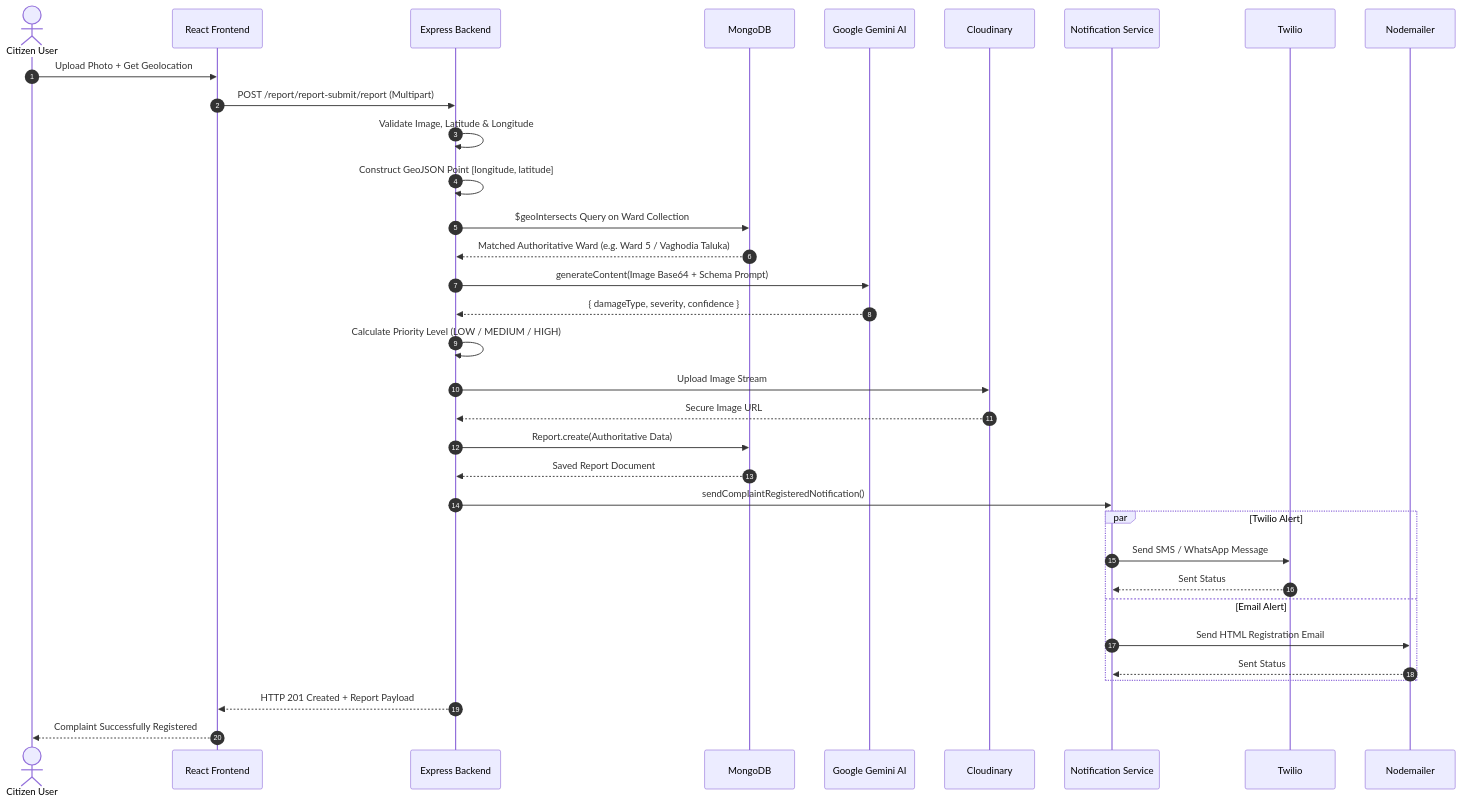
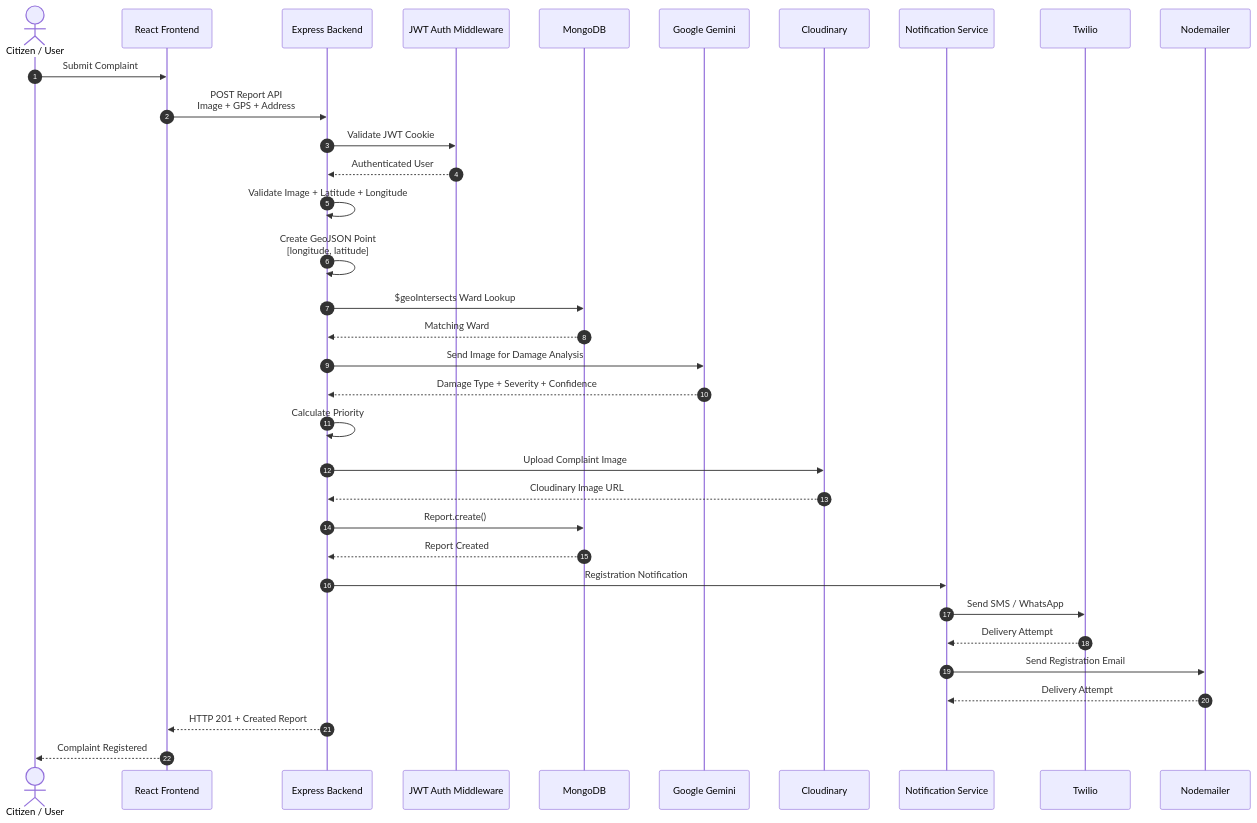
One commit to Ravindraprajapat/faultline-ai changed the fourth of 20 diagrams in README.md. Above: the diagram before and after it, drawn with Mermaid. The commit also changed other lines of this file, not shown here.

Commit message:
docs: add 20 comprehensive Mermaid flowcharts and sequence diagrams to README.md

````diff
--- a/README.md
+++ b/README.md
@@ -200,42 +292,50 @@
 ```mermaid
 sequenceDiagram
     autonumber
-    actor Citizen as Citizen User
+
+    actor Citizen as Citizen / User
     participant FE as React Frontend
     participant BE as Express Backend
+    participant AUTH as JWT Auth Middleware
     participant DB as MongoDB
-    participant AI as Google Gemini AI
+    participant AI as Google Gemini
     participant CDN as Cloudinary
     participant NS as Notification Service
     participant TW as Twilio
     participant MAIL as Nodemailer
 
-    Citizen->>FE: Upload Photo + Get Geolocation
-    FE->>BE: POST /report/report-submit/report (Multipart)
-    BE->>BE: Validate Image, Latitude & Longitude
-    BE->>BE: Construct GeoJSON Point [longitude, latitude]
-    BE->>DB: $geoIntersects Query on Ward Collection
-    DB-->>BE: Matched Authoritative Ward (e.g. Ward 5 / Vaghodia Taluka)
-    
-    BE->>AI: generateContent(Image Base64 + Schema Prompt)
-    AI-->>BE: { damageType, severity, confidence }
-    BE->>BE: Calculate Priority Level (LOW / MEDIUM / HIGH)
-    
-    BE->>CDN: Upload Image Stream
-    CDN-->>BE: Secure Image URL
-    
-    BE->>DB: Report.create(Authoritative Data)
-    DB-->>BE: Saved Report Document
-    
-    BE->>NS: sendComplaintRegisteredNotification()
-    par Twilio Alert
-        NS->>TW: Send SMS / WhatsApp Message
-        TW-->>NS: Sent Status
-    and Email Alert
-        NS->>MAIL: Send HTML Registration Email
-        MAIL-->>NS: Sent Status
-    end
-    
-    BE-->>FE: HTTP 201 Created + Report Payload
-    FE-->>Citizen: Complaint Successfully Registered
+    Citizen->>FE: Submit Complaint
+    FE->>BE: POST Report API<br/>Image + GPS + Address
+
+    BE->>AUTH: Validate JWT Cookie
+    AUTH-->>BE: Authenticated User
+
+    BE->>BE: Validate Image + Latitude + Longitude
+
+    BE->>BE: Create GeoJSON Point<br/>[longitude, latitude]
+
+    BE->>DB: $geoIntersects Ward Lookup
+    DB-->>BE: Matching Ward
+
+    BE->>AI: Send Image for Damage Analysis
+    AI-->>BE: Damage Type + Severity + Confidence
+
+    BE->>BE: Calculate Priority
+
+    BE->>CDN: Upload Complaint Image
+    CDN-->>BE: Cloudinary Image URL
+
+    BE->>DB: Report.create()
+    DB-->>BE: Report Created
+
+    BE->>NS: Registration Notification
+
+    NS->>TW: Send SMS / WhatsApp
+    TW-->>NS: Delivery Attempt
+
+    NS->>MAIL: Send Registration Email
+    MAIL-->>NS: Delivery Attempt
+
+    BE-->>FE: HTTP 201 + Created Report
+    FE-->>Citizen: Complaint Registered
 ```
````
